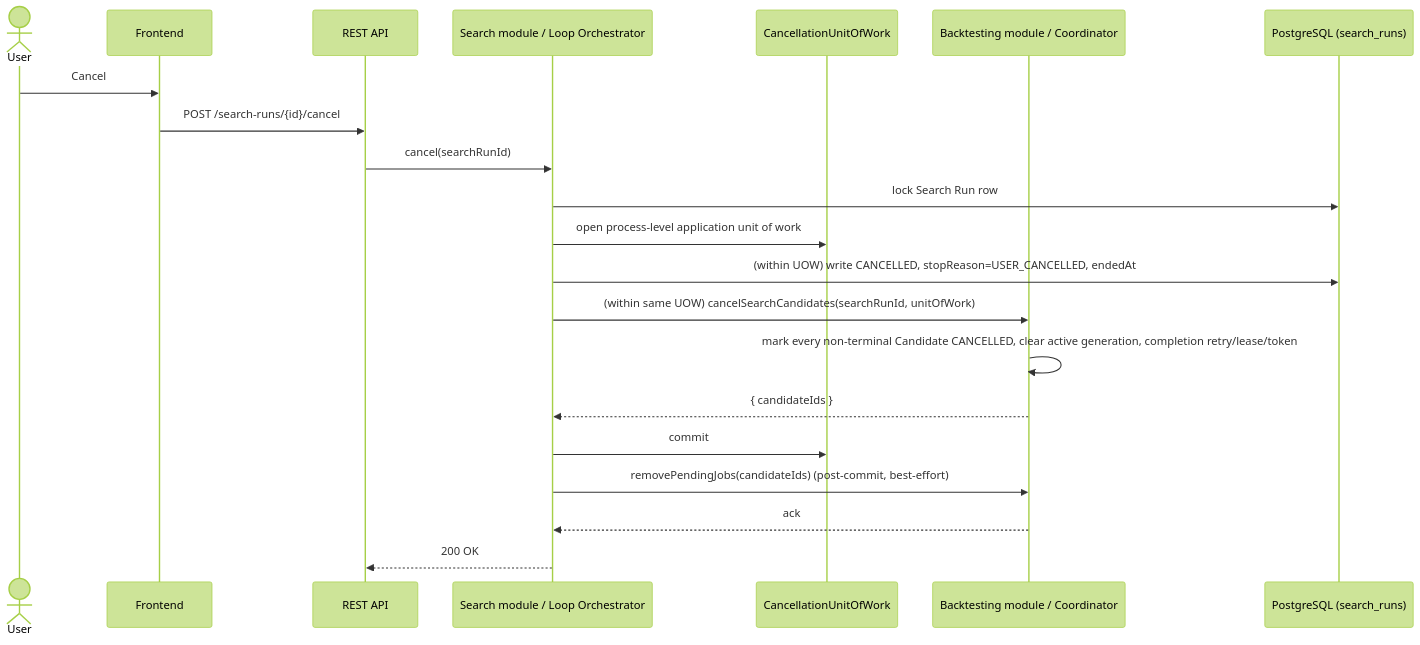
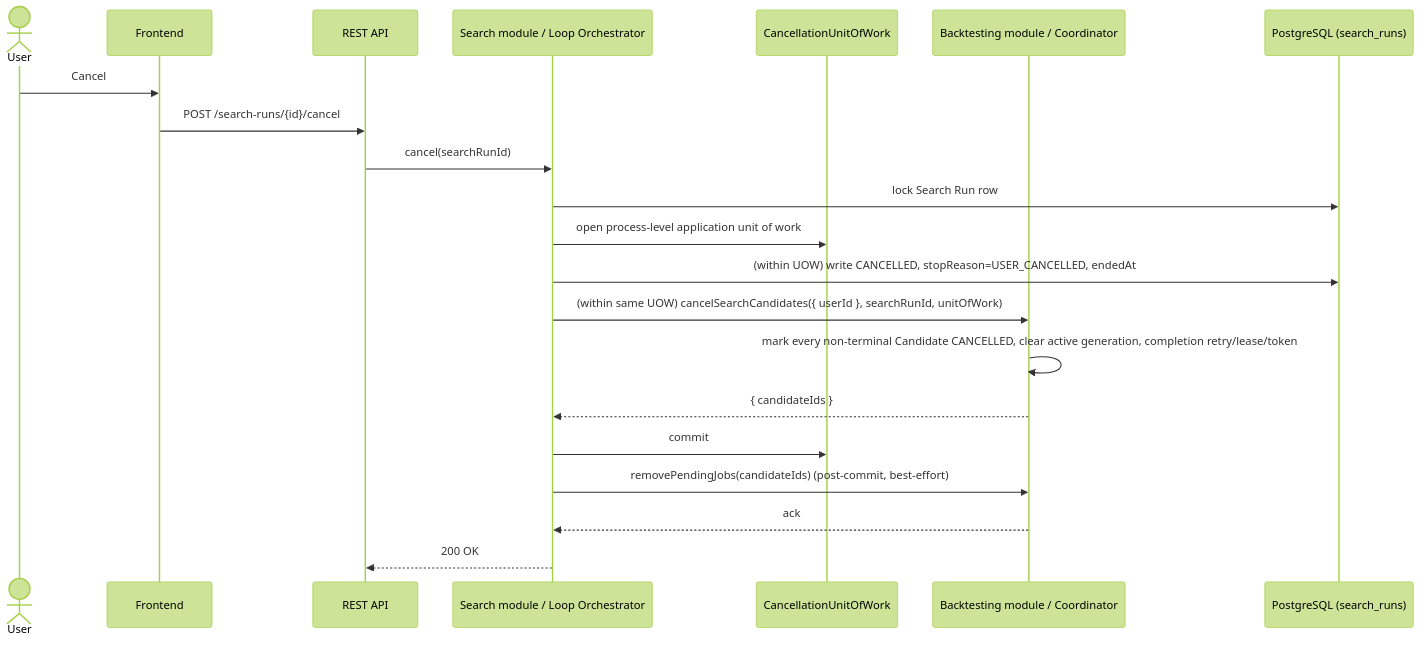
Before and after one commit to thanhdatttt/Cryptox: the sixth of 9 diagrams in openspec/specs/search-spec.md, drawn with Mermaid (forest theme). The commit also changed other lines of this file and 11 other files, not shown here.

````diff
--- a/openspec/specs/search-spec.md
+++ b/openspec/specs/search-spec.md
@@ -217,24 +223,24 @@
 ```mermaid
 sequenceDiagram
     actor U as User
     participant FE as Frontend
     participant API as REST API
     participant O as Search module / Loop Orchestrator
     participant UOW as CancellationUnitOfWork
     participant BC as Backtesting module / Coordinator
     participant PG as PostgreSQL (search_runs)
 
     U->>FE: Cancel
     FE->>API: POST /search-runs/{id}/cancel
     API->>O: cancel(searchRunId)
     O->>PG: lock Search Run row
     O->>UOW: open process-level application unit of work
     O->>PG: (within UOW) write CANCELLED, stopReason=USER_CANCELLED, endedAt
-    O->>BC: (within same UOW) cancelSearchCandidates(searchRunId, unitOfWork)
+    O->>BC: (within same UOW) cancelSearchCandidates({ userId }, searchRunId, unitOfWork)
     BC->>BC: mark every non-terminal Candidate CANCELLED, clear active generation, completion retry/lease/token
     BC-->>O: { candidateIds }
     O->>UOW: commit
     O->>BC: removePendingJobs(candidateIds)  (post-commit, best-effort)
     BC-->>O: ack
     O-->>API: 200 OK
 ```
````
